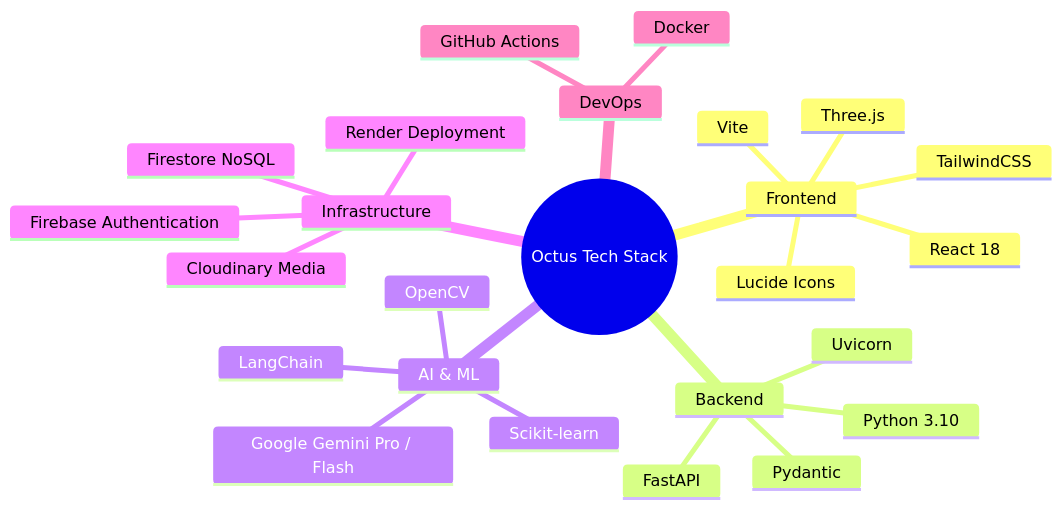
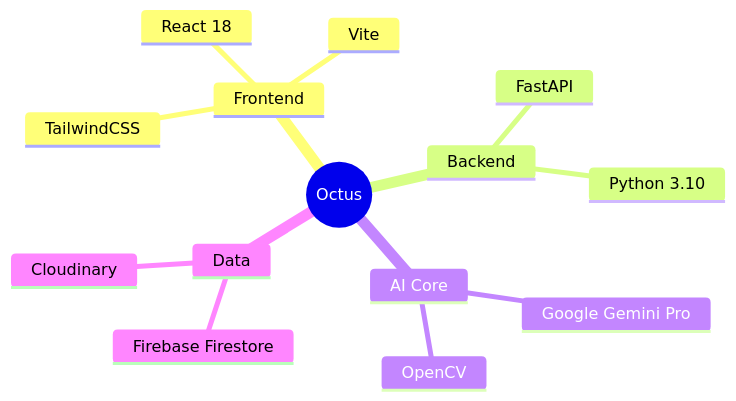
The second of 2 diagrams in README.md (PATTASWAMY-VISHWAK-YASASHREE/octus), drawn with Mermaid before and after one commit. The commit also changed other lines of this file, not shown here.

First line of the commit message:
Revise README: architecture, features, and setup

````diff
--- a/README.md
+++ b/README.md
@@ -85,28 +51,17 @@
 ```mermaid
 mindmap
-  root((Octus Tech Stack))
+  root((Octus))
     Frontend
       React 18
       Vite
       TailwindCSS
-      Three.js
-      Lucide Icons
     Backend
+      FastAPI
       Python 3.10
-      FastAPI
-      Uvicorn
-      Pydantic
-    AI & ML
-      Google Gemini Pro / Flash
-      LangChain
+    AI Core
+      Google Gemini Pro
       OpenCV
-      Scikit-learn
-    Infrastructure
-      Firebase Authentication
-      Firestore NoSQL
-      Cloudinary Media
-      Render Deployment
-    DevOps
-      GitHub Actions
-      Docker
+    Data
+      Firebase Firestore
+      Cloudinary
 ```
````
